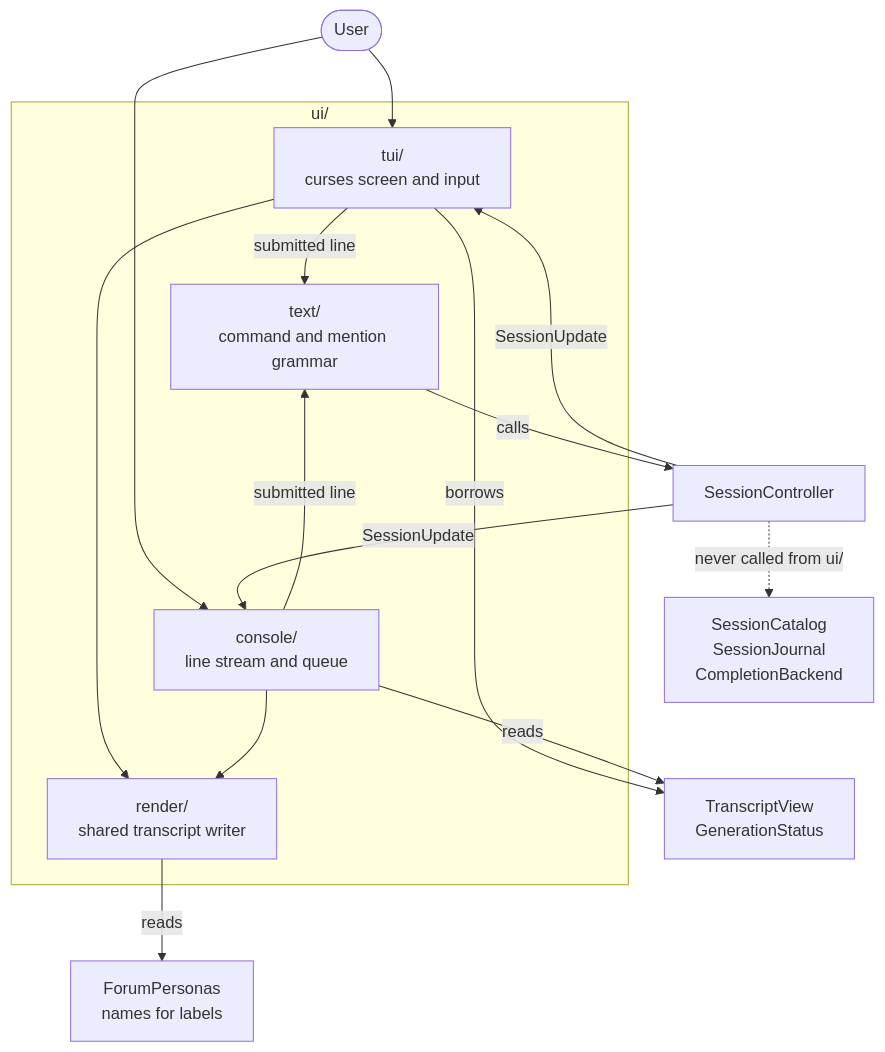
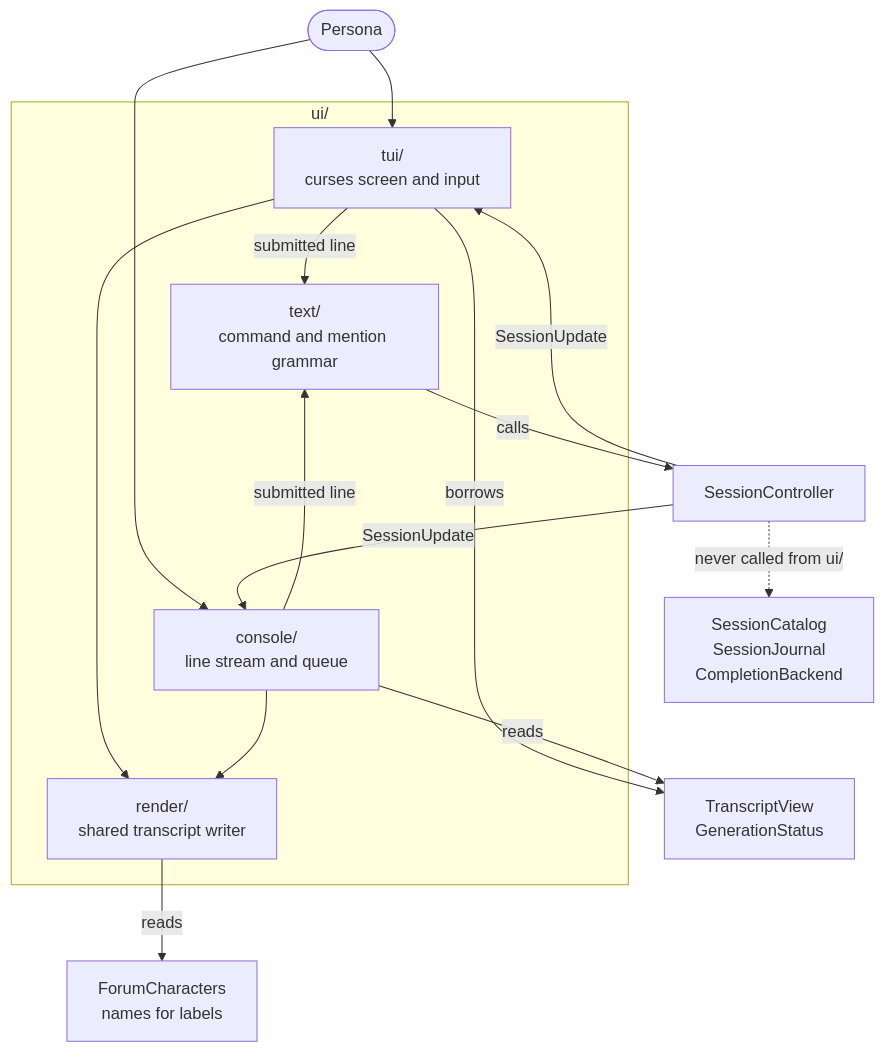
Before and after one commit to michaelpopov/cha: the diagram in src/ui/README.md, drawn with Mermaid. The commit also changed other lines of this file and 117 other files, not shown here.

````diff
--- a/src/ui/README.md
+++ b/src/ui/README.md
@@ -28,24 +28,24 @@
 ```mermaid
 flowchart TD
     subgraph ui["ui/"]
         tui["tui/<br/>curses screen and input"]
         console["console/<br/>line stream and queue"]
         render["render/<br/>shared transcript writer"]
         txt["text/<br/>command and mention grammar"]
     end
 
-    user(["User"]) --> tui
-    user --> console
+    persona(["Persona"]) --> tui
+    persona --> console
     tui --> render
     console --> render
     tui -->|"submitted line"| txt
     console -->|"submitted line"| txt
     txt -->|"calls"| controller["SessionController"]
     controller -->|"SessionUpdate"| tui
     controller -->|"SessionUpdate"| console
     tui -->|"borrows"| convo["TranscriptView<br/>GenerationStatus"]
     console -->|"reads"| convo
-    render -->|"reads"| personas["ForumPersonas<br/>names for labels"]
+    render -->|"reads"| characters["ForumCharacters<br/>names for labels"]
 
     controller -.->|"never called from ui/"| store["SessionCatalog<br/>SessionJournal<br/>CompletionBackend"]
 ```
````
